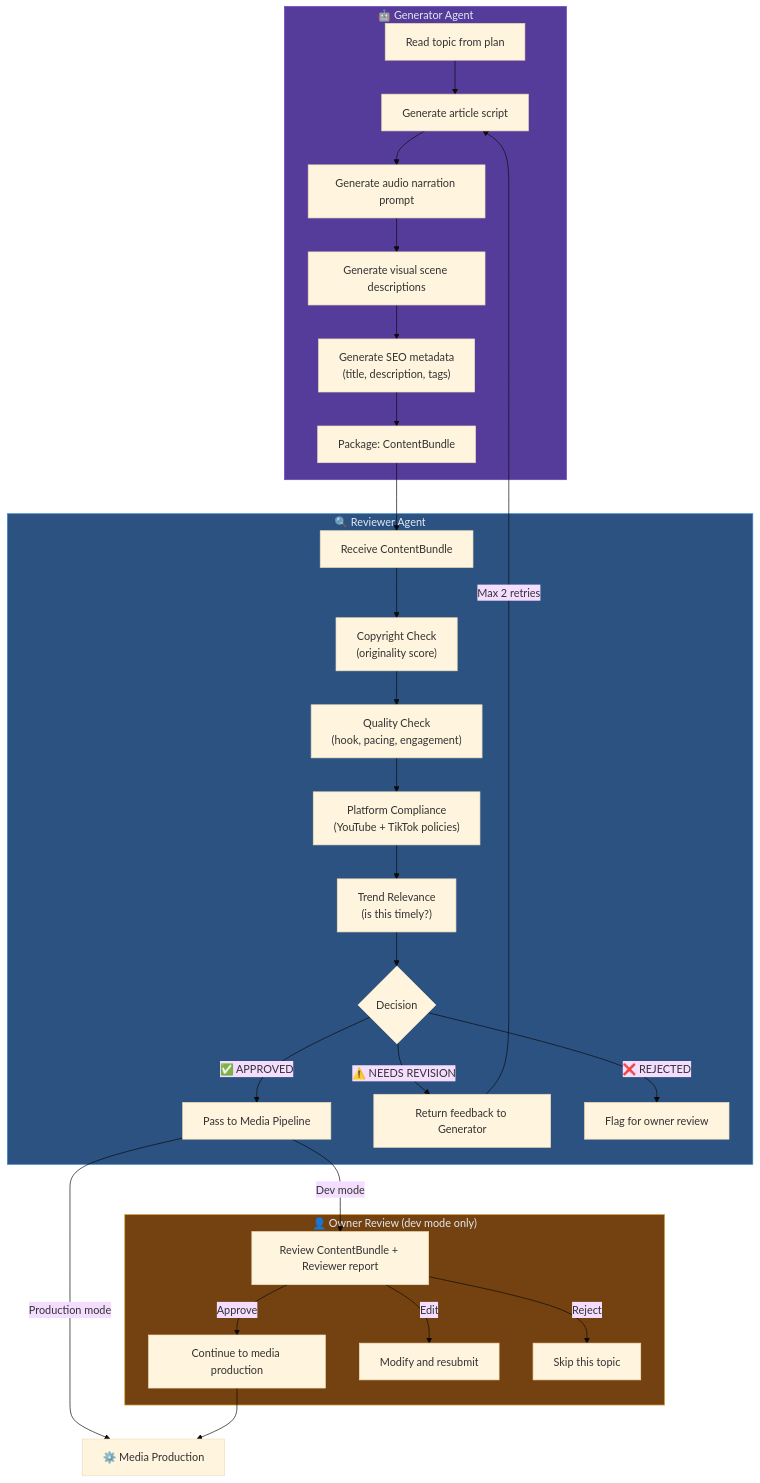
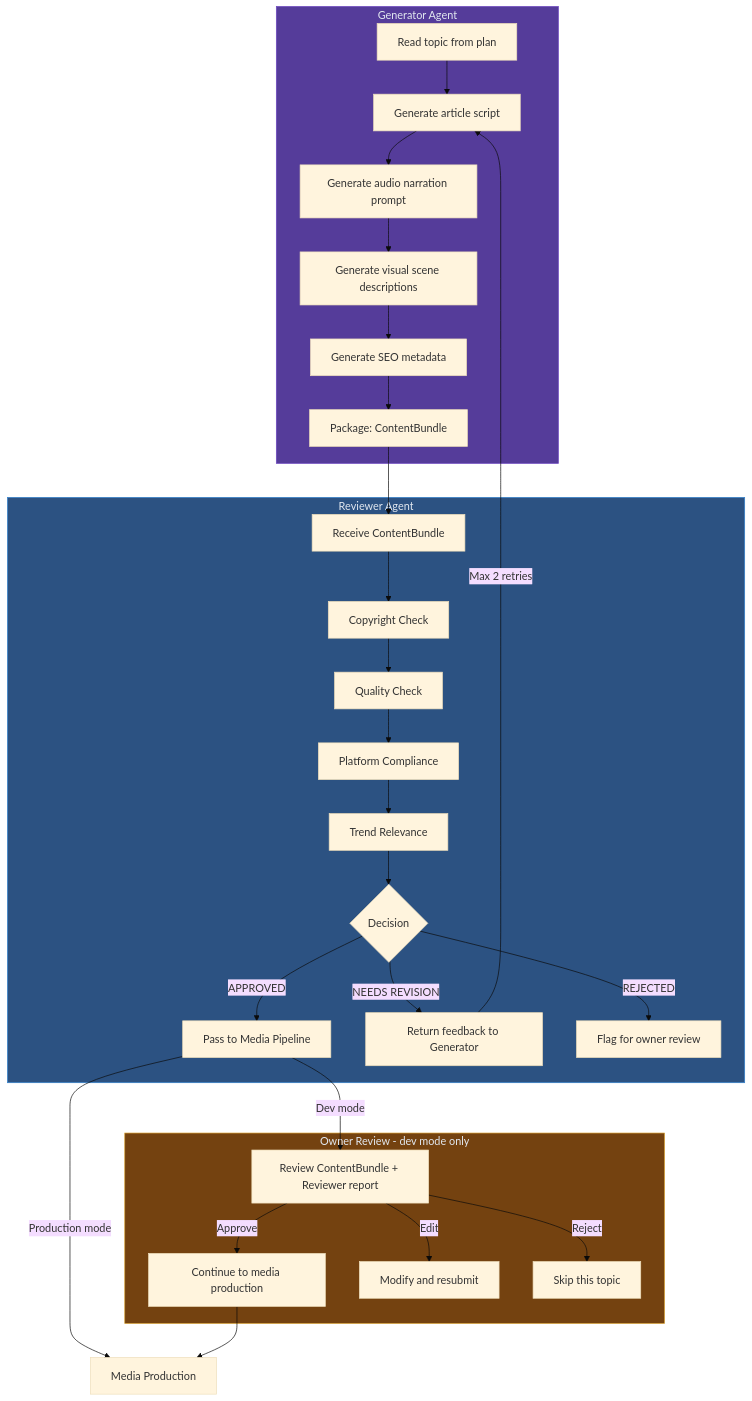
The first of 2 diagrams in specs/spec-03-agentic-quality.md (AbhinandanPun/dinopedia), drawn with Mermaid (base theme) before and after one commit. The commit also changed other lines of this file and 5 other files, not shown here.

````diff
--- a/specs/spec-03-agentic-quality.md
+++ b/specs/spec-03-agentic-quality.md
@@ -29,38 +29,38 @@
 ```mermaid
 flowchart TD
-    subgraph GeneratorAgent["🤖 Generator Agent"]
+    subgraph GeneratorAgent["Generator Agent"]
         G1["Read topic from plan"] --> G2["Generate article script"]
         G2 --> G3["Generate audio narration prompt"]
         G3 --> G4["Generate visual scene descriptions"]
-        G4 --> G5["Generate SEO metadata\n(title, description, tags)"]
+        G4 --> G5["Generate SEO metadata"]
         G5 --> G6["Package: ContentBundle"]
     end
 
-    subgraph ReviewerAgent["🔍 Reviewer Agent"]
-        R1["Receive ContentBundle"] --> R2["Copyright Check\n(originality score)"]
-        R2 --> R3["Quality Check\n(hook, pacing, engagement)"]
-        R3 --> R4["Platform Compliance\n(YouTube + TikTok policies)"]
-        R4 --> R5["Trend Relevance\n(is this timely?)"]
-        R5 --> R6{Decision}
-        R6 -->|"✅ APPROVED"| R7["Pass to Media Pipeline"]
-        R6 -->|"⚠️ NEEDS REVISION"| R8["Return feedback to Generator"]
-        R6 -->|"❌ REJECTED"| R9["Flag for owner review"]
+    subgraph ReviewerAgent["Reviewer Agent"]
+        R1["Receive ContentBundle"] --> R2["Copyright Check"]
+        R2 --> R3["Quality Check"]
+        R3 --> R4["Platform Compliance"]
+        R4 --> R5["Trend Relevance"]
+        R5 --> R6{"Decision"}
+        R6 -->|"APPROVED"| R7["Pass to Media Pipeline"]
+        R6 -->|"NEEDS REVISION"| R8["Return feedback to Generator"]
+        R6 -->|"REJECTED"| R9["Flag for owner review"]
     end
 
-    subgraph OwnerReview["👤 Owner Review (dev mode only)"]
+    subgraph OwnerReview["Owner Review - dev mode only"]
         O1["Review ContentBundle + Reviewer report"]
         O1 -->|"Approve"| O2["Continue to media production"]
         O1 -->|"Edit"| O3["Modify and resubmit"]
         O1 -->|"Reject"| O4["Skip this topic"]
     end
 
     G6 --> R1
     R8 -->|"Max 2 retries"| G2
-    R7 -->|"Production mode"| MediaPipeline["⚙️ Media Production"]
+    R7 -->|"Production mode"| MediaPipeline["Media Production"]
     R7 -->|"Dev mode"| O1
     O2 --> MediaPipeline
 
     style GeneratorAgent fill:#553c9a,stroke:#6b46c1,color:#e2e8f0
     style ReviewerAgent fill:#2c5282,stroke:#3182ce,color:#e2e8f0
     style OwnerReview fill:#744210,stroke:#d69e2e,color:#e2e8f0
 ```
````
